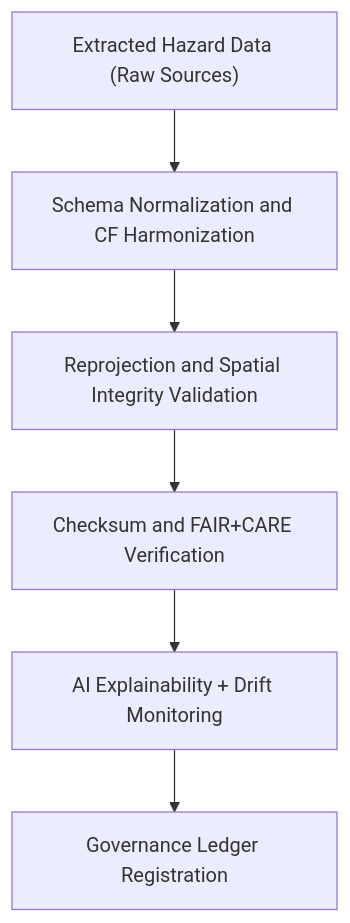
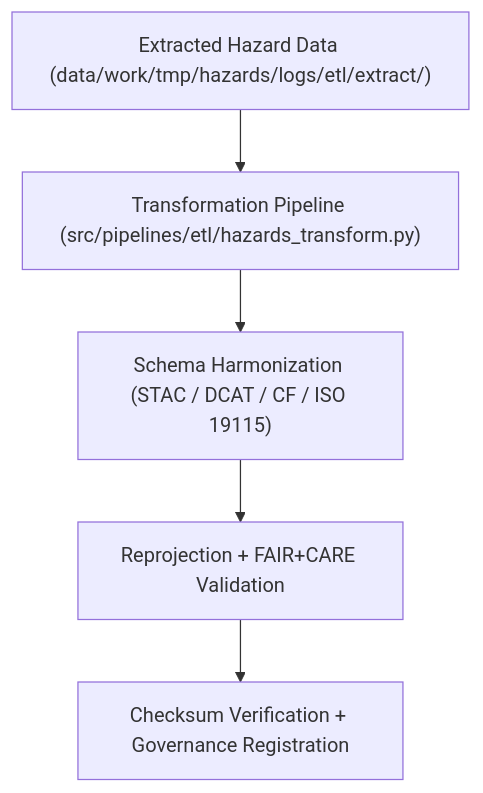
Before and after one commit to bartytime4life/Kansas-Frontier-Matrix: the diagram in data/work/tmp/hazards/logs/etl/transform/README.md, drawn with Mermaid. The commit also changed other lines of this file, not shown here.

````diff
--- a/data/work/tmp/hazards/logs/etl/transform/README.md
+++ b/data/work/tmp/hazards/logs/etl/transform/README.md
@@ -69,8 +65,7 @@
 ```mermaid
 flowchart TD
-    A["Extracted Hazard Data (Raw Sources)"] --> B["Schema Normalization and CF Harmonization"]
-    B --> C["Reprojection and Spatial Integrity Validation"]
-    C --> D["Checksum and FAIR+CARE Verification"]
-    D --> E["AI Explainability + Drift Monitoring"]
-    E --> F["Governance Ledger Registration"]
+    A["Extracted Hazard Data (data/work/tmp/hazards/logs/etl/extract/)"] --> B["Transformation Pipeline (src/pipelines/etl/hazards_transform.py)"]
+    B --> C["Schema Harmonization (STAC / DCAT / CF / ISO 19115)"]
+    C --> D["Reprojection + FAIR+CARE Validation"]
+    D --> E["Checksum Verification + Governance Registration"]
 ```
````
